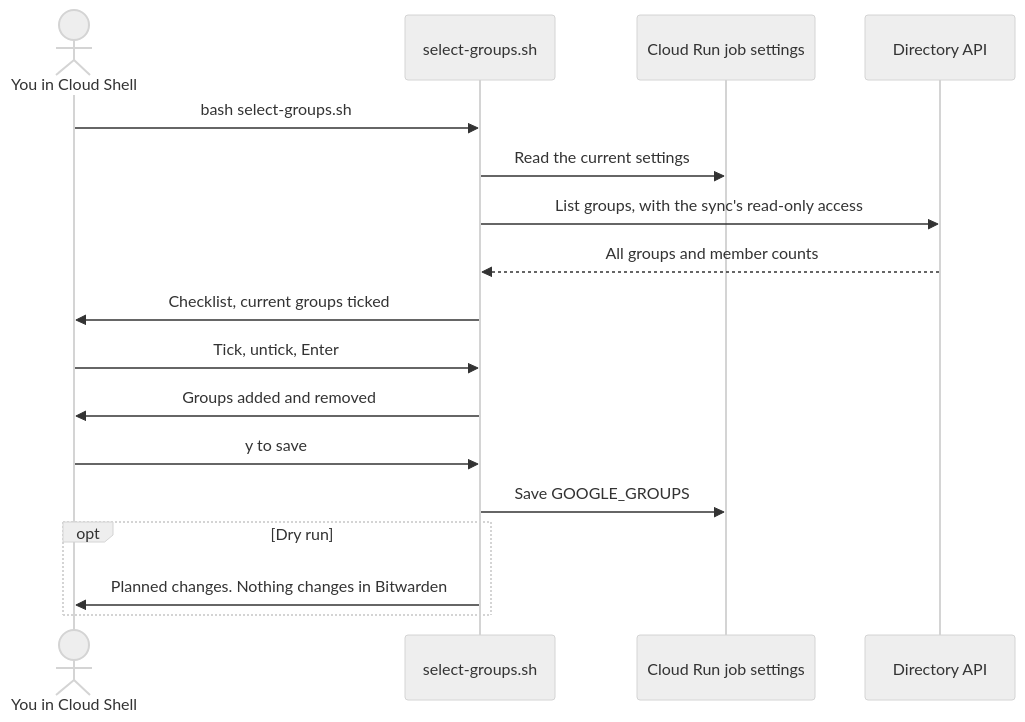
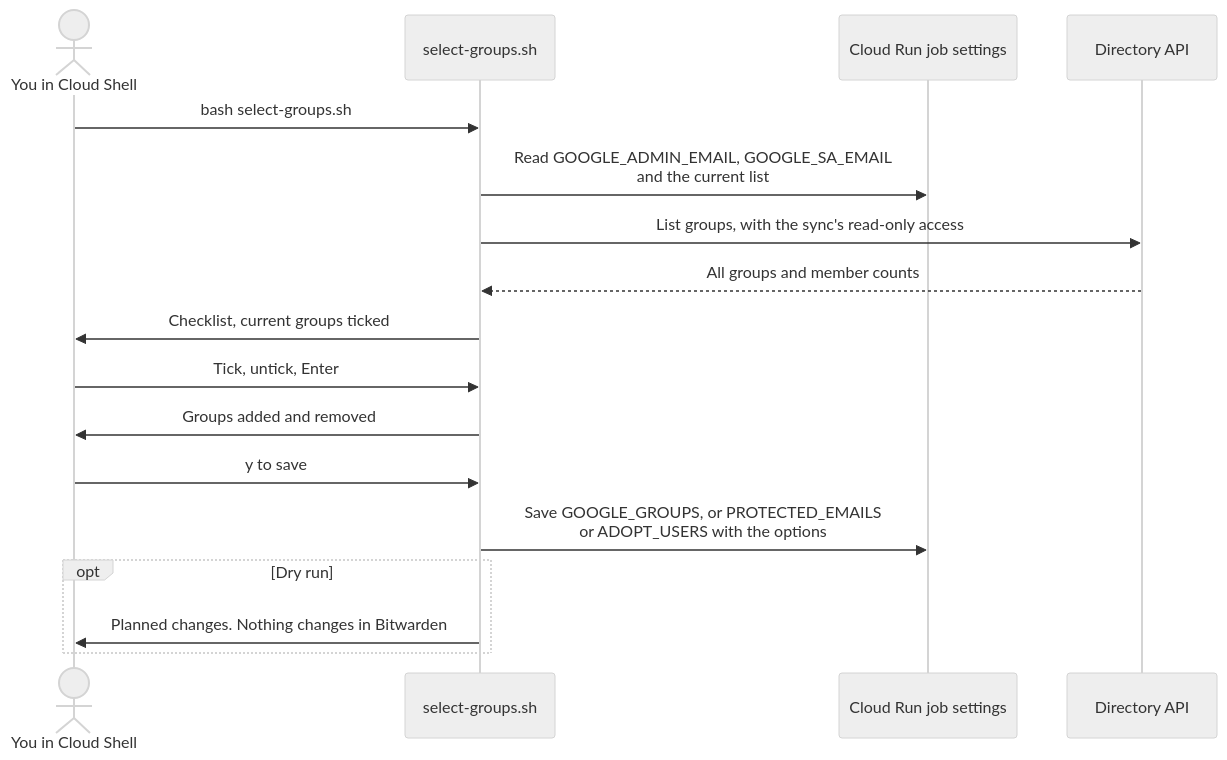
One commit to bitwarden-labs/bw-gws-scim-sync changed the fourth of 4 diagrams in README.md. Above: the diagram before and after it, drawn with Mermaid (neutral theme). The commit also changed other lines of this file and 3 other files, not shown here.

First line of the commit message:
setup.sh reads the deployed job on reruns; diagrams show the settings

````diff
--- a/README.md
+++ b/README.md
@@ -222,19 +253,19 @@
 ```mermaid
 sequenceDiagram
     actor A as You in Cloud Shell
     participant S as select-groups.sh
     participant R as Cloud Run job settings
     participant G as Directory API
     A->>S: bash select-groups.sh
-    S->>R: Read the current settings
+    S->>R: Read GOOGLE_ADMIN_EMAIL, GOOGLE_SA_EMAIL<br/>and the current list
     S->>G: List groups, with the sync's read-only access
     G-->>S: All groups and member counts
     S->>A: Checklist, current groups ticked
     A->>S: Tick, untick, Enter
     S->>A: Groups added and removed
     A->>S: y to save
-    S->>R: Save GOOGLE_GROUPS
+    S->>R: Save GOOGLE_GROUPS, or PROTECTED_EMAILS<br/>or ADOPT_USERS with the options
     opt Dry run
         S->>A: Planned changes. Nothing changes in Bitwarden
     end
 ```
````
